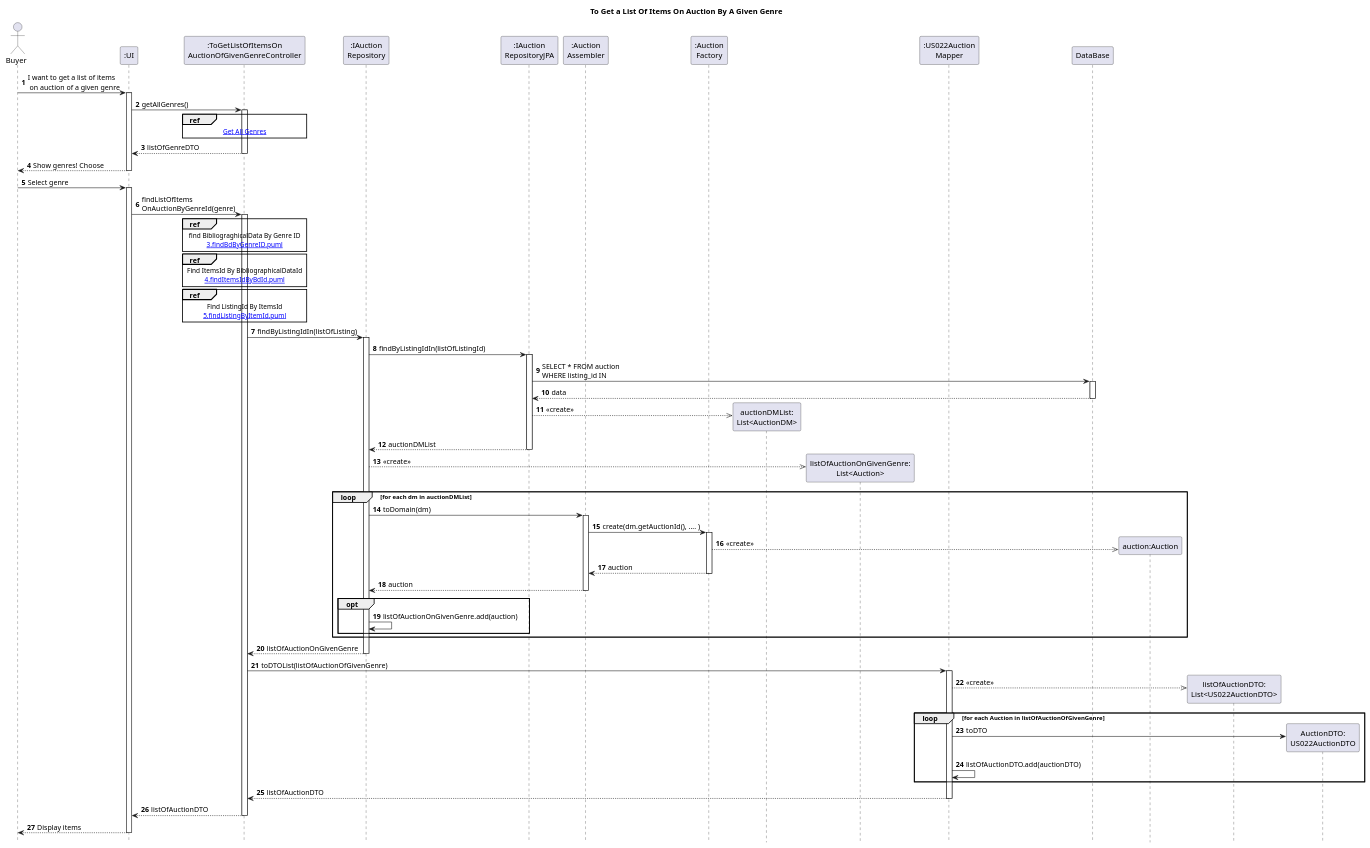
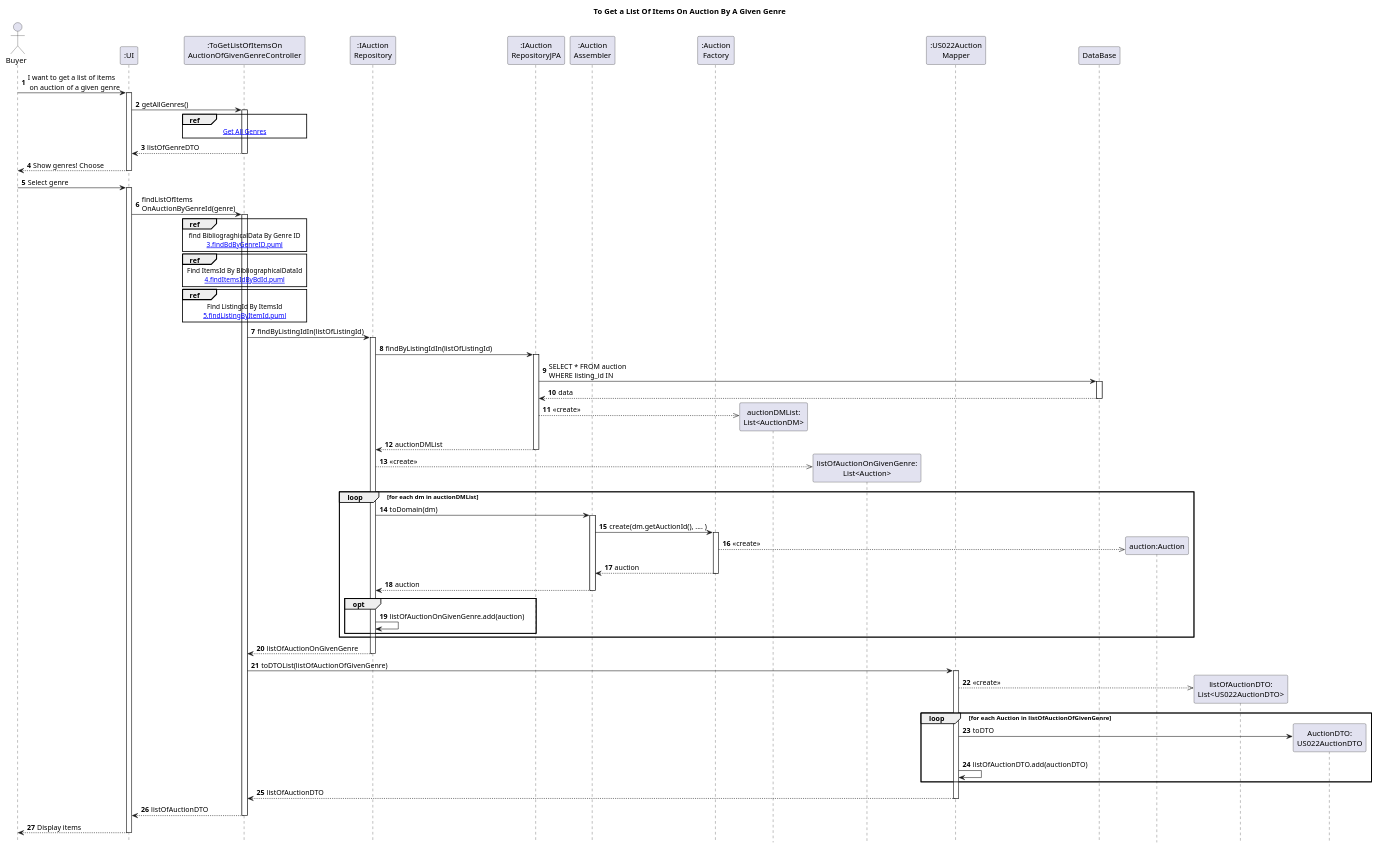
The diagram in Diagrams/SequenceDiagrams/N2/To-get-list-of-items-on-auction-of-a-given-genre/1.MainDiagram.puml (AndrePereiraGitH/SWitCH-Project-Team_A), drawn with PlantUML before and after one commit.

Commit message:
Update parameter name in sequence diagram

```diff
--- a/Diagrams/SequenceDiagrams/N2/To-get-list-of-items-on-auction-of-a-given-genre/1.MainDiagram.puml
+++ b/Diagrams/SequenceDiagrams/N2/To-get-list-of-items-on-auction-of-a-given-genre/1.MainDiagram.puml
@@ -1,109 +1,109 @@
 @startuml
 hide footbox
 autonumber
 title To Get a List Of Items On Auction By A Given Genre
 
 actor Buyer
 participant ":UI" as UI
 participant ":ToGetListOfItemsOn\nAuctionOfGivenGenreController" as Controller
 
 participant ":IAuction\nRepository" as AuctionRepo
 participant ":IAuction\nRepositoryJPA" as AJPA
 participant ":Auction\nAssembler" as AuctionAssembler
 participant ":Auction\nFactory" as Factory
 participant "auctionDMList:\nList<AuctionDM>"
 participant "listOfAuctionOnGivenGenre:\nList<Auction>"
 participant ":US022Auction\nMapper" as AuctionMapper
 participant "DataBase" as DB
 
 Buyer -> UI : I want to get a list of items\n on auction of a given genre
 activate UI
 
 UI -> Controller : getAllGenres()
 activate Controller
 ref over Controller
 [[2.GetAllGenres.puml Get All Genres]]
 end ref
 Controller --> UI : listOfGenreDTO
 deactivate Controller
 
 UI --> Buyer : Show genres! Choose
 deactivate UI
 
 Buyer -> UI : Select genre
 activate UI
 
 UI -> Controller : findListOfItems\nOnAuctionByGenreId(genre)
 activate Controller
 
 ref over Controller
 find BibliograghicalData By Genre ID
 [[3.findBdByGenreID.puml]]
 end ref
 
 ref over Controller
 Find ItemsId By BibliographicalDataId
 [[4.findItemsIdByBdId.puml]]
 end ref
 
 
 ref over Controller
 Find ListingId By ItemsId
 [[5.findListingByItemId.puml]]
 end ref
 
 
-Controller -> AuctionRepo : findByListingIdIn(listOfListing)
+Controller -> AuctionRepo : findByListingIdIn(listOfListingId)
 activate AuctionRepo
 AuctionRepo -> AJPA : findByListingIdIn(listOfListingId)
 activate AJPA
 AJPA -> DB : SELECT * FROM auction\nWHERE listing_id IN
 activate DB
 DB --> AJPA : data
 deactivate DB
 AJPA -->> "auctionDMList:\nList<AuctionDM>" ** : <<create>>
 AJPA --> AuctionRepo : auctionDMList
 deactivate AJPA
 
 AuctionRepo -->> "listOfAuctionOnGivenGenre:\nList<Auction>" ** : <<create>>
 
 loop for each dm in auctionDMList
     AuctionRepo -> AuctionAssembler : toDomain(dm)
     activate AuctionAssembler
     AuctionAssembler -> Factory : create(dm.getAuctionId(), .... )
     activate Factory
     Factory -->> "auction:Auction" ** : <<create>>
     Factory --> AuctionAssembler : auction
     deactivate Factory
     AuctionAssembler --> AuctionRepo : auction
     deactivate AuctionAssembler
 
     opt
     AuctionRepo -> AuctionRepo : listOfAuctionOnGivenGenre.add(auction)
     end
 end
 
 deactivate AJPA
 AuctionRepo --> Controller : listOfAuctionOnGivenGenre
 deactivate AuctionRepo
 
 Controller -> AuctionMapper : toDTOList(listOfAuctionOfGivenGenre)
 activate AuctionMapper
 AuctionMapper -->> "listOfAuctionDTO:\nList<US022AuctionDTO>" ** : <<create>>
 
 loop for each Auction in listOfAuctionOfGivenGenre
 
     AuctionMapper -> "AuctionDTO:\nUS022AuctionDTO" ** : toDTO
     AuctionMapper -> AuctionMapper : listOfAuctionDTO.add(auctionDTO)
 end
 
 AuctionMapper --> Controller : listOfAuctionDTO
 deactivate AuctionMapper
 
 Controller --> UI : listOfAuctionDTO
 deactivate Controller
 
 UI --> Buyer : Display items
 deactivate UI
 
 @enduml
```
